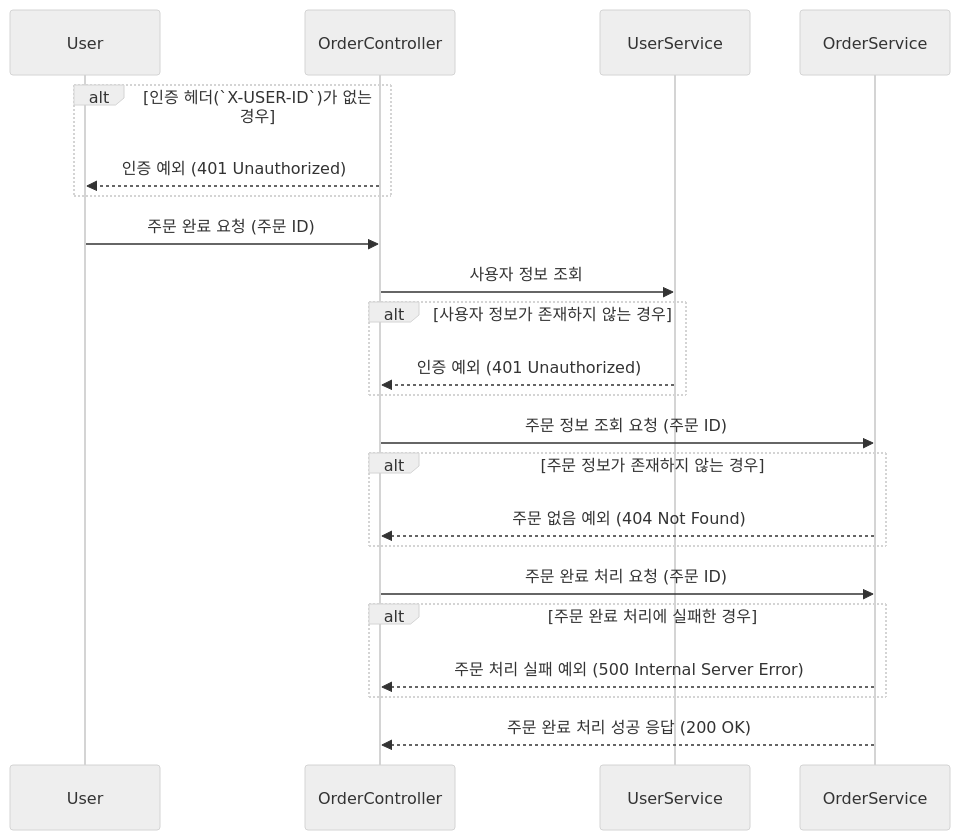
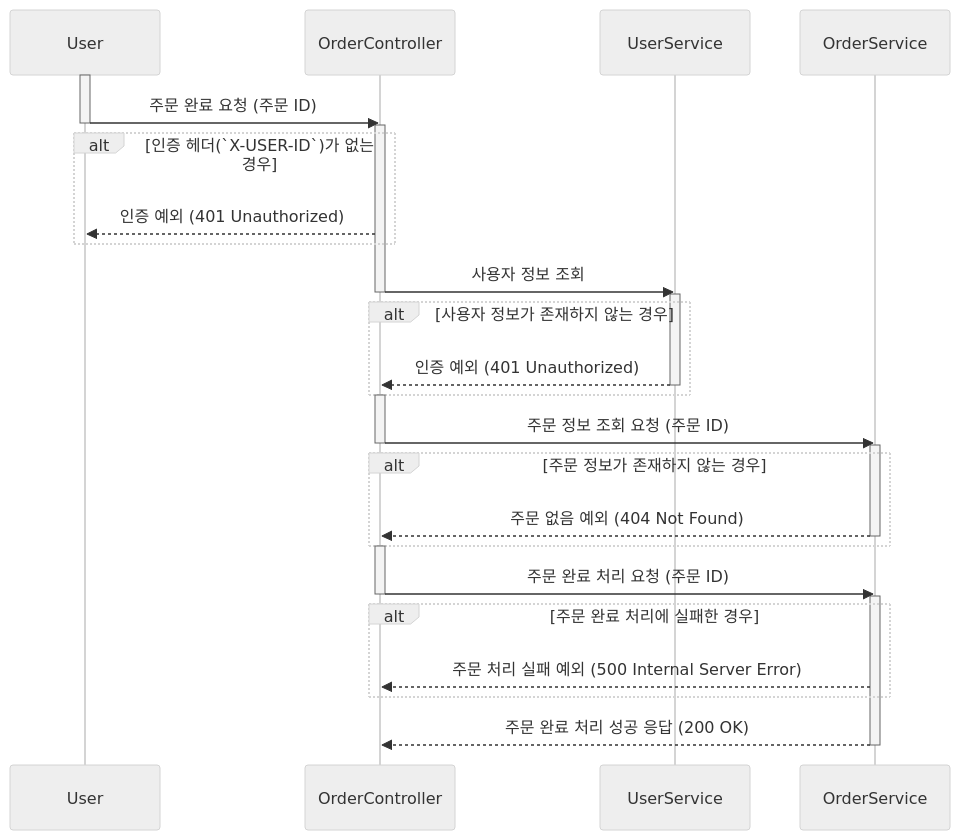
Before and after one commit to kiekk/gamsung-commerce: the third of 4 diagrams in docs/design/02-sequence-diagrams/order_payment_v2.md, drawn with Mermaid (neutral theme). The commit also changed other lines of this file and 5 other files, not shown here.

First line of the commit message:
docs: 시퀀스 다이어그램 activate bar 추가

````diff
--- a/docs/design/02-sequence-diagrams/order_payment_v2.md
+++ b/docs/design/02-sequence-diagrams/order_payment_v2.md
@@ -77,24 +115,38 @@
 ```mermaid
 sequenceDiagram
     participant User
     participant OrderController
     participant UserService
     participant OrderService
+    activate User
+    User ->> OrderController: 주문 완료 요청 (주문 ID)
+    deactivate User
+    activate OrderController
     alt 인증 헤더(`X-USER-ID`)가 없는 경우
         OrderController -->> User: 인증 예외 (401 Unauthorized)
     end
-    User ->> OrderController: 주문 완료 요청 (주문 ID)
     OrderController ->> UserService: 사용자 정보 조회
+    deactivate OrderController
+    activate UserService
     alt 사용자 정보가 존재하지 않는 경우
         UserService -->> OrderController: 인증 예외 (401 Unauthorized)
+        deactivate UserService
     end
+    activate OrderController
     OrderController ->> OrderService: 주문 정보 조회 요청 (주문 ID)
+    deactivate OrderController
+    activate OrderService
     alt 주문 정보가 존재하지 않는 경우
         OrderService -->> OrderController: 주문 없음 예외 (404 Not Found)
+        deactivate OrderService
     end
+    activate OrderController
     OrderController ->> OrderService: 주문 완료 처리 요청 (주문 ID)
+    deactivate OrderController
+    activate OrderService
     alt 주문 완료 처리에 실패한 경우
         OrderService -->> OrderController: 주문 처리 실패 예외 (500 Internal Server Error)
     end
     OrderService -->> OrderController: 주문 완료 처리 성공 응답 (200 OK)
+    deactivate OrderService
 ```
````
